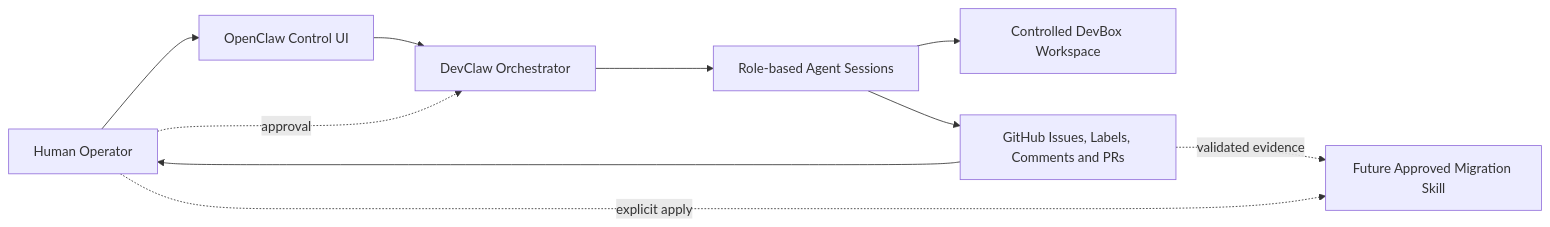
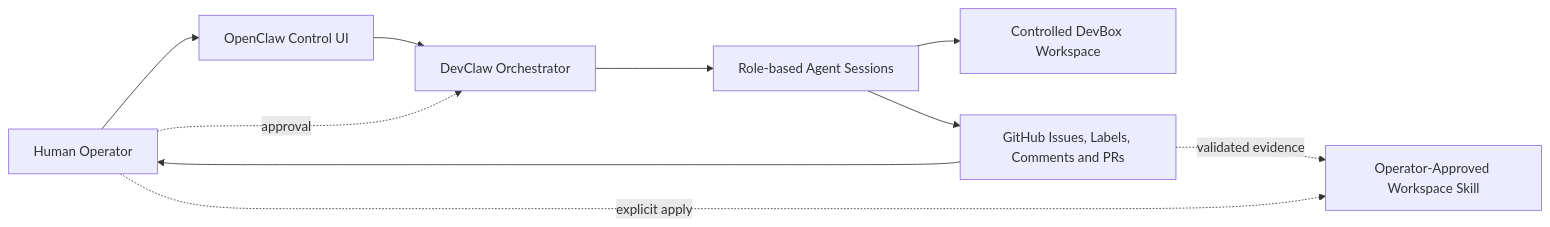
Before and after one commit to DimitryZH/application-modernization-lab: the diagram in README.md, drawn with Mermaid. The commit also changed other lines of this file and 1 other file, not shown here.

````diff
--- a/README.md
+++ b/README.md
@@ -40,20 +40,20 @@
 ```mermaid
 flowchart LR
     Human[Human Operator]
     UI[OpenClaw Control UI]
     DevClaw[DevClaw Orchestrator]
     Agents[Role-based Agent Sessions]
     Workspace[Controlled DevBox Workspace]
     GitHub[GitHub Issues, Labels, Comments and PRs]
-    Skill[Future Approved Migration Skill]
+    Skill[Operator-Approved Workspace Skill]
 
     Human --> UI
     UI --> DevClaw
     DevClaw --> Agents
     Agents --> Workspace
     Agents --> GitHub
     GitHub --> Human
     Human -. approval .-> DevClaw
     GitHub -. validated evidence .-> Skill
     Human -. explicit apply .-> Skill
 ```
````
